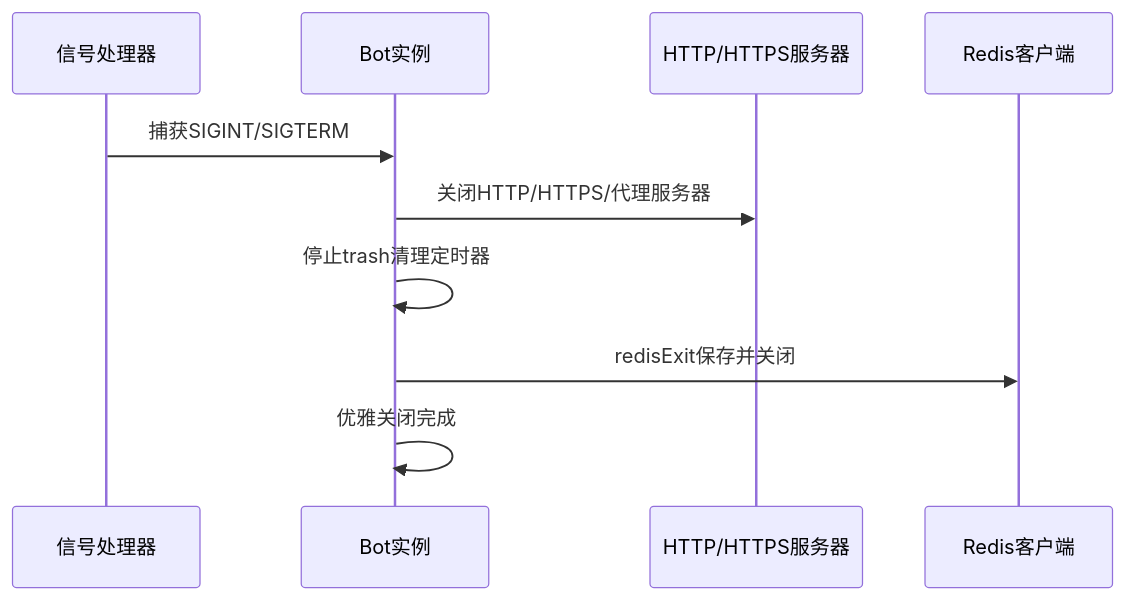
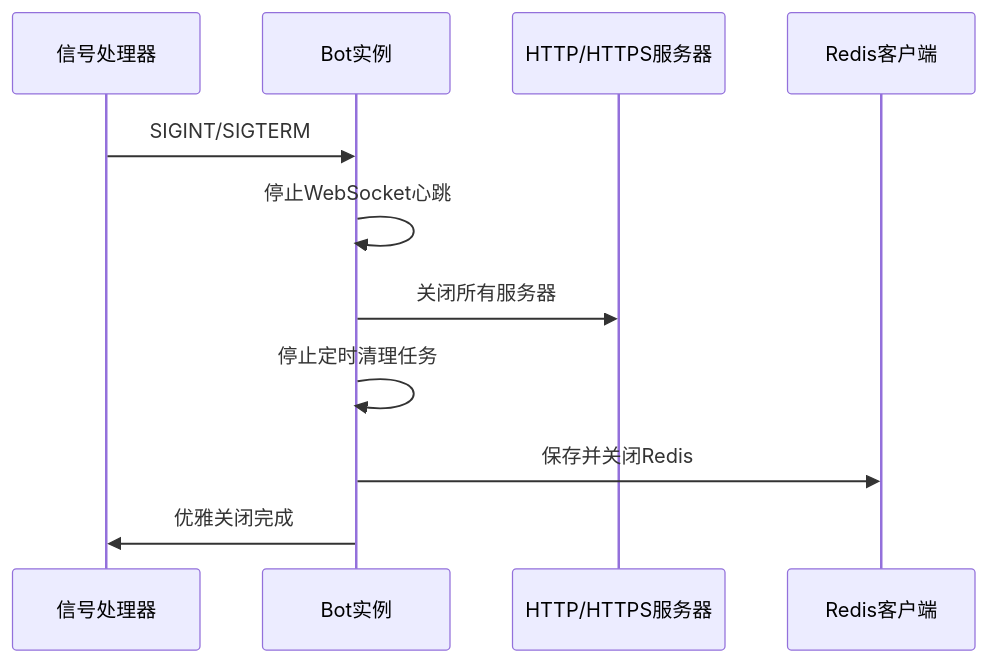
Before and after one commit to sunflowermm/XRK-AGT: the third of 12 diagrams in docs/bot.md, drawn with Mermaid. The commit also changed other lines of this file and 5 other files, not shown here.

````diff
--- a/docs/bot.md
+++ b/docs/bot.md
@@ -92,13 +146,14 @@
 ```mermaid
 sequenceDiagram
     participant Signal as 信号处理器
     participant Bot as Bot实例
     participant Server as HTTP/HTTPS服务器
     participant Redis as Redis客户端
     
-    Signal->>Bot: 捕获SIGINT/SIGTERM
-    Bot->>Server: 关闭HTTP/HTTPS/代理服务器
-    Bot->>Bot: 停止trash清理定时器
-    Bot->>Redis: redisExit保存并关闭
-    Bot->>Bot: 优雅关闭完成
+    Signal->>Bot: SIGINT/SIGTERM
+    Bot->>Bot: 停止WebSocket心跳
+    Bot->>Server: 关闭所有服务器
+    Bot->>Bot: 停止定时清理任务
+    Bot->>Redis: 保存并关闭Redis
+    Bot->>Signal: 优雅关闭完成
 ```
````
